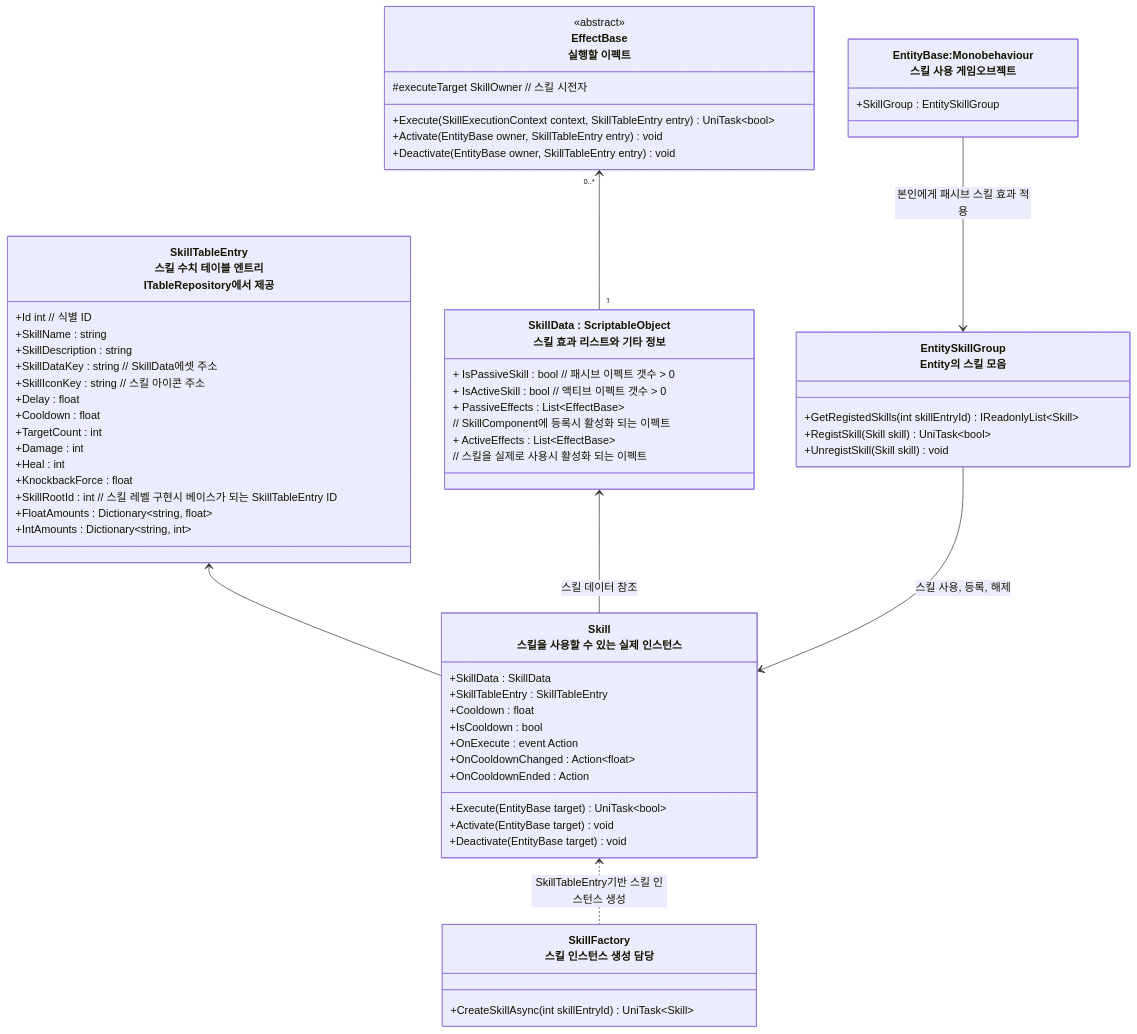
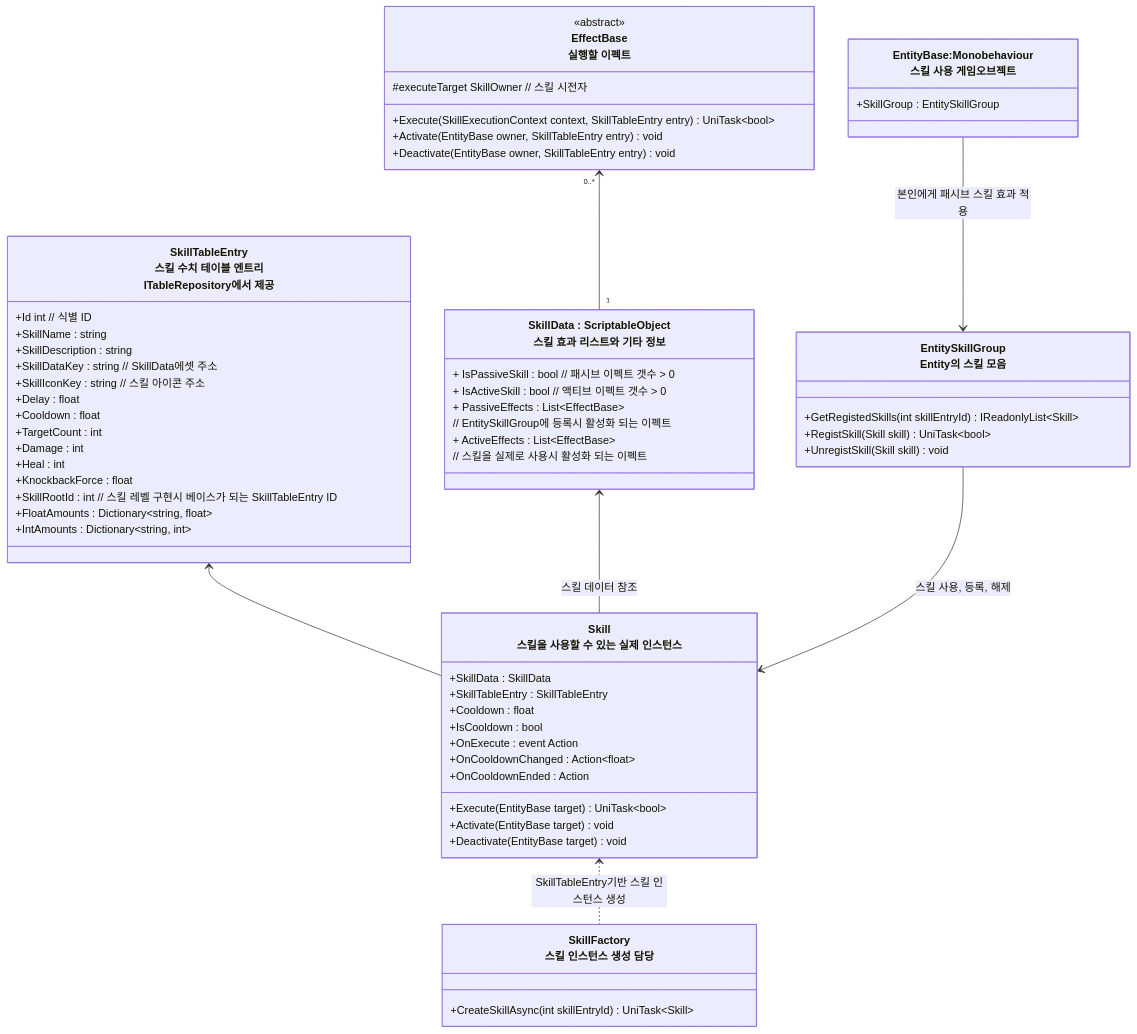
The first of 2 diagrams in README/스킬시스템_설계.md (JIN5EOK/DungeonShooter), drawn with Mermaid before and after one commit. The commit also changed other lines of this file and 2 other files, not shown here.

````diff
--- a/README/스킬시스템_설계.md
+++ b/README/스킬시스템_설계.md
@@ -7,70 +14,70 @@
 ```mermaid
 classDiagram
     class EffectBase["EffectBase<br>실행할 이펙트"]{
         <<abstract>>
         #executeTarget SkillOwner // 스킬 시전자
         +Execute(SkillExecutionContext context, SkillTableEntry entry) UniTask~bool~
         +Activate(EntityBase owner, SkillTableEntry entry) void
         +Deactivate(EntityBase owner, SkillTableEntry entry) void
     }
     
     class SkillData["SkillData : ScriptableObject<br>스킬 효과 리스트와 기타 정보"]{
 		+ IsPassiveSkill : bool // 패시브 이펙트 갯수 > 0
 		+ IsActiveSkill : bool // 액티브 이펙트 갯수 > 0
         + PassiveEffects : List~EffectBase~ 
-        // SkillComponent에 등록시 활성화 되는 이펙트
+        // EntitySkillGroup에 등록시 활성화 되는 이펙트
         + ActiveEffects : List~EffectBase~ 
         // 스킬을 실제로 사용시 활성화 되는 이펙트
     }
 
     class Skill["Skill<br>스킬을 사용할 수 있는 실제 인스턴스"]{
         +SkillData : SkillData
         +SkillTableEntry : SkillTableEntry
         +Cooldown : float
         +IsCooldown : bool
         +OnExecute : event Action
         +OnCooldownChanged : Action~float~
         +OnCooldownEnded : Action
         +Execute(EntityBase target) UniTask~bool~
         +Activate(EntityBase target) void
         +Deactivate(EntityBase target) void
     }
 
 	class SkillTableEntry["SkillTableEntry<br>스킬 수치 테이블 엔트리<br>ITableRepository에서 제공 "]{
 		+Id int // 식별 ID
 		+SkillName : string
 		+SkillDescription : string
 		+SkillDataKey : string // SkillData에셋 주소
 		+SkillIconKey : string // 스킬 아이콘 주소
 		+Delay : float
 		+Cooldown : float
 		+TargetCount : int
         +Damage : int
         +Heal : int
 		+KnockbackForce : float
         +SkillRootId : int // 스킬 레벨 구현시 베이스가 되는 SkillTableEntry ID
         +FloatAmounts : Dictionary~string, float~
         +IntAmounts : Dictionary~string, int~
 	}
 	
     class EntitySkillGroup["EntitySkillGroup<br>Entity의 스킬 모음"]{
         +GetRegistedSkills(int skillEntryId) IReadonlyList~Skill~
         +RegistSkill(Skill skill) UniTask~bool~
         +UnregistSkill(Skill skill) void
     }
     
 	class SkillFactory["SkillFactory<br>스킬 인스턴스 생성 담당"]{
         +CreateSkillAsync(int skillEntryId) UniTask~Skill~
     }
     
     class EntityBase["EntityBase:Monobehaviour<br>스킬 사용 게임오브젝트"]{
         +SkillGroup : EntitySkillGroup
     }
     
     SkillTableEntry <-- Skill
     SkillData <-- Skill : 스킬 데이터 참조
     EffectBase "0..*"<--"1" SkillData
     EntitySkillGroup --> Skill  : 스킬 사용, 등록, 해제
     Skill <.. SkillFactory : SkillTableEntry기반 스킬 인스턴스 생성
     EntityBase --> EntitySkillGroup : 본인에게 패시브 스킬 효과 적용
 ```
````
